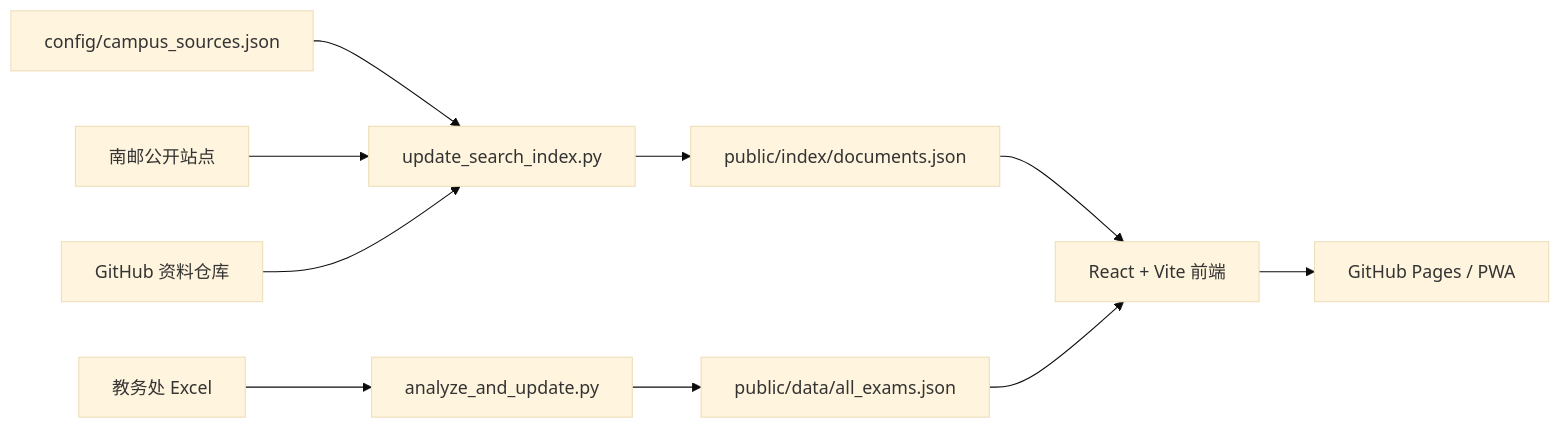
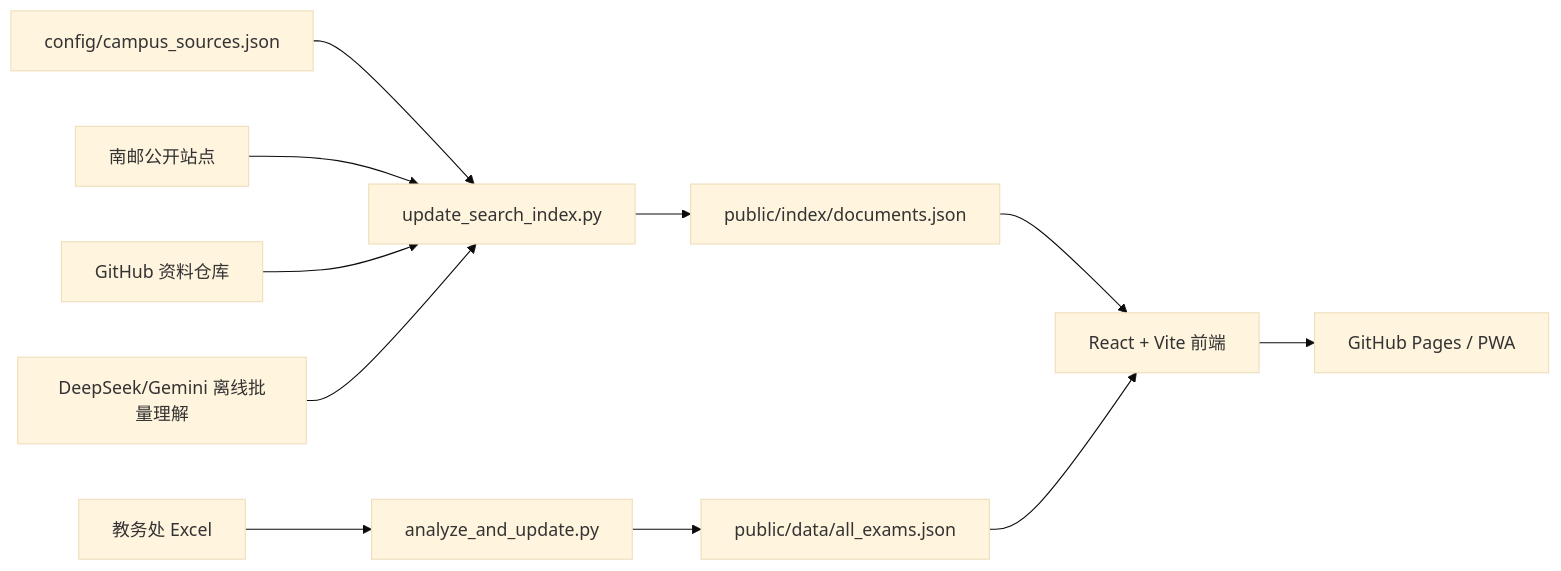
Before and after one commit to hicancan/njupt-exam: the diagram in README.md, drawn with Mermaid (base theme). The commit also changed other lines of this file and 8 other files, not shown here.

Commit message:
feat: batch DeepSeek campus search enrichment

````diff
--- a/README.md
+++ b/README.md
@@ -158,12 +170,13 @@
 ```mermaid
 graph LR
     A["config/campus_sources.json"] --> B["update_search_index.py"]
     C1["南邮公开站点"] --> B
     X["GitHub 资料仓库"] --> B
+    L["DeepSeek/Gemini 离线批量理解"] --> B
     C["教务处 Excel"] --> D["analyze_and_update.py"]
     B --> E["public/index/documents.json"]
     D --> F["public/data/all_exams.json"]
     E --> G["React + Vite 前端"]
     F --> G
     G --> H["GitHub Pages / PWA"]
 ```
````
